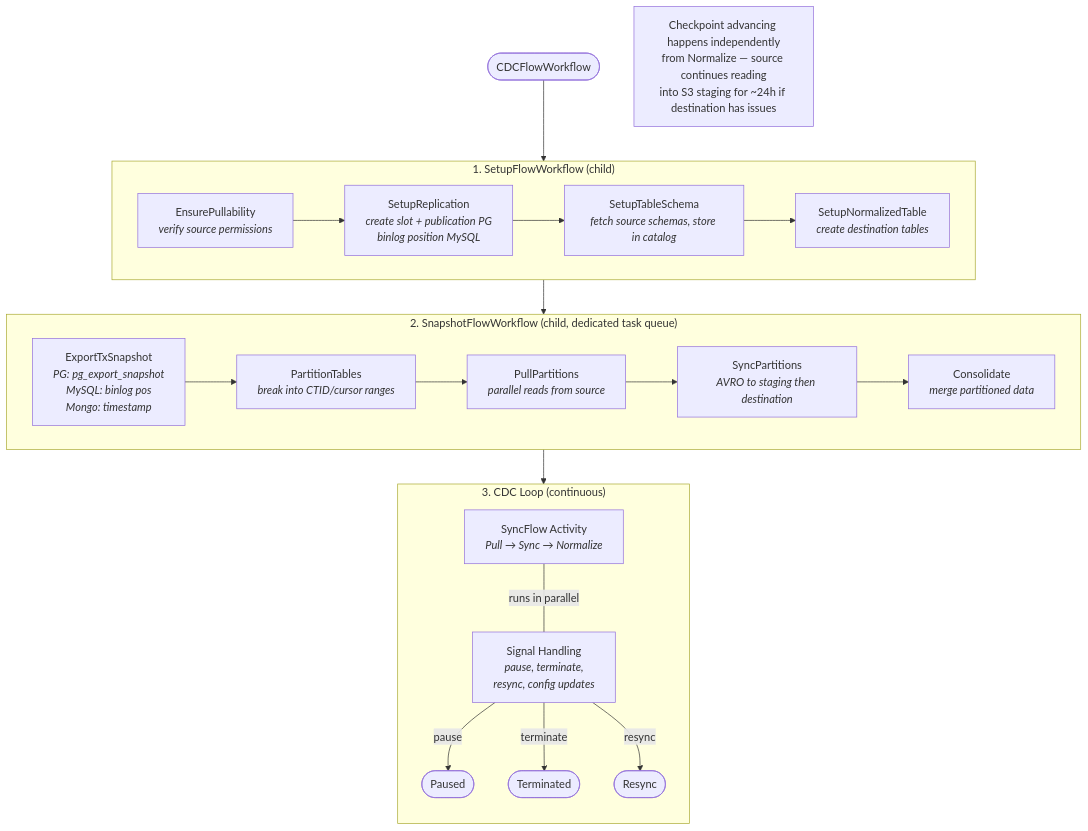
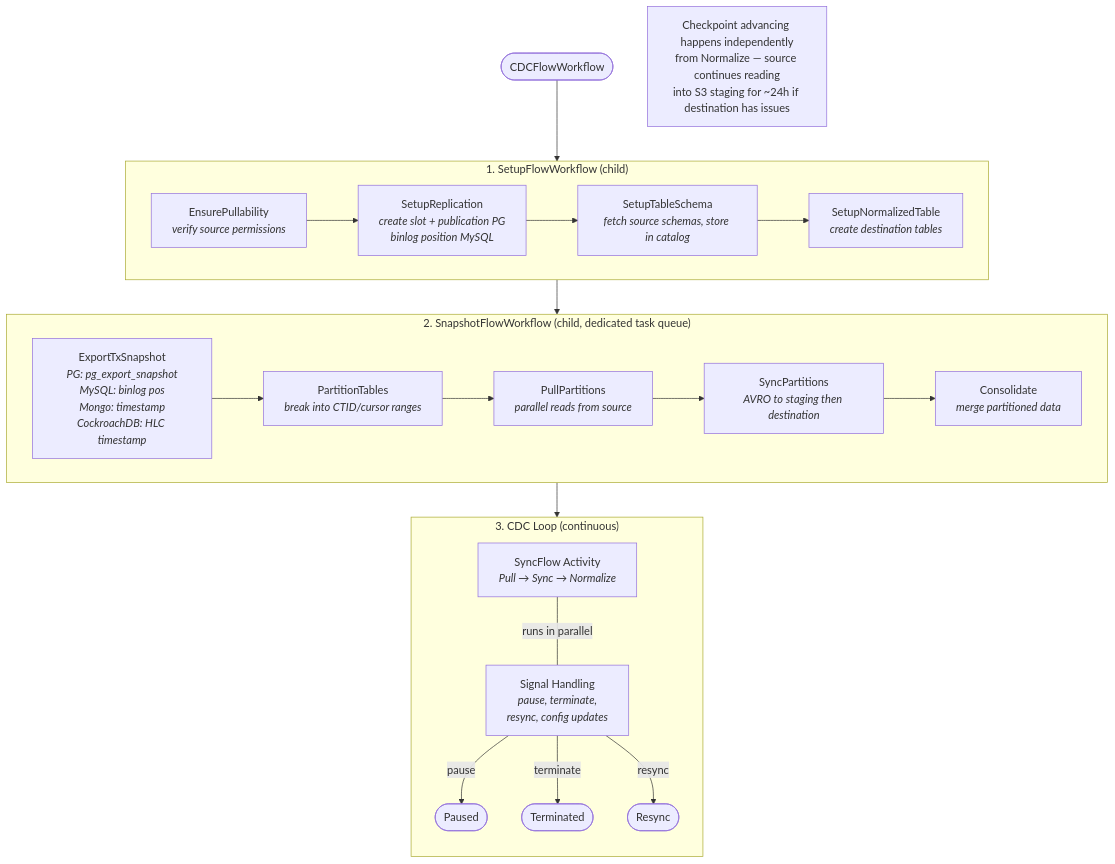
One commit to PeerDB-io/peerdb changed the third of 6 diagrams in docs/peerdb-architecture.md. Above: the diagram before and after it, drawn with Mermaid. The commit also changed other lines of this file and 1 other file, not shown here.

First line of the commit message:
docs: refresh stale sections of the architecture and deep-dive design docs

````diff
--- a/docs/peerdb-architecture.md
+++ b/docs/peerdb-architecture.md
@@ -311,37 +314,37 @@
 ```mermaid
 flowchart TD
     START([CDCFlowWorkflow]) --> SETUP
 
     subgraph SETUP["1. SetupFlowWorkflow (child)"]
         S1[EnsurePullability<br/><i>verify source permissions</i>]
         S2[SetupReplication<br/><i>create slot + publication PG<br/>binlog position MySQL</i>]
         S3[SetupTableSchema<br/><i>fetch source schemas, store in catalog</i>]
         S4[SetupNormalizedTable<br/><i>create destination tables</i>]
         S1 --> S2 --> S3 --> S4
     end
 
     SETUP --> SNAPSHOT
 
     subgraph SNAPSHOT["2. SnapshotFlowWorkflow (child, dedicated task queue)"]
-        SN1[ExportTxSnapshot<br/><i>PG: pg_export_snapshot<br/>MySQL: binlog pos<br/>Mongo: timestamp</i>]
+        SN1[ExportTxSnapshot<br/><i>PG: pg_export_snapshot<br/>MySQL: binlog pos<br/>Mongo: timestamp<br/>CockroachDB: HLC timestamp</i>]
         SN2[PartitionTables<br/><i>break into CTID/cursor ranges</i>]
         SN3[PullPartitions<br/><i>parallel reads from source</i>]
         SN4[SyncPartitions<br/><i>AVRO to staging then destination</i>]
         SN5[Consolidate<br/><i>merge partitioned data</i>]
         SN1 --> SN2 --> SN3 --> SN4 --> SN5
     end
 
     SNAPSHOT --> CDC_LOOP
 
     subgraph CDC_LOOP["3. CDC Loop (continuous)"]
         direction TB
         C1["SyncFlow Activity<br/><i>Pull → Sync → Normalize</i>"]
         C_SIG["Signal Handling<br/><i>pause, terminate,<br/>resync, config updates</i>"]
         C1 ---|"runs in parallel"| C_SIG
         C_SIG -->|pause| PAUSED([Paused])
         C_SIG -->|terminate| TERM([Terminated])
         C_SIG -->|resync| RESYNC([Resync])
     end
 
     Note1["Checkpoint advancing happens independently<br/>from Normalize — source continues reading<br/>into S3 staging for ~24h if destination has issues"]
 ```
````
